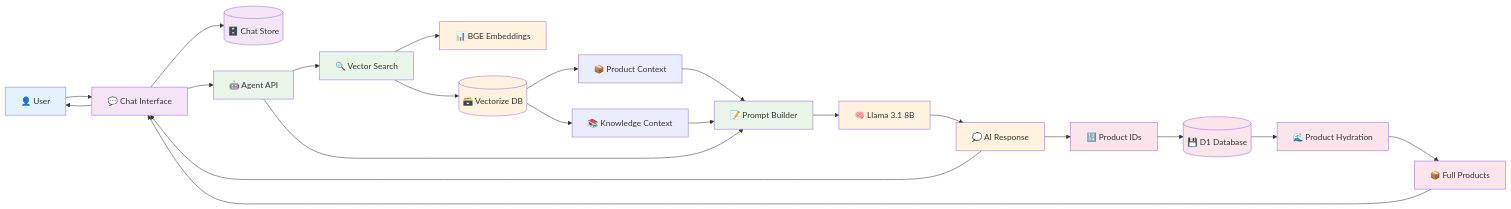
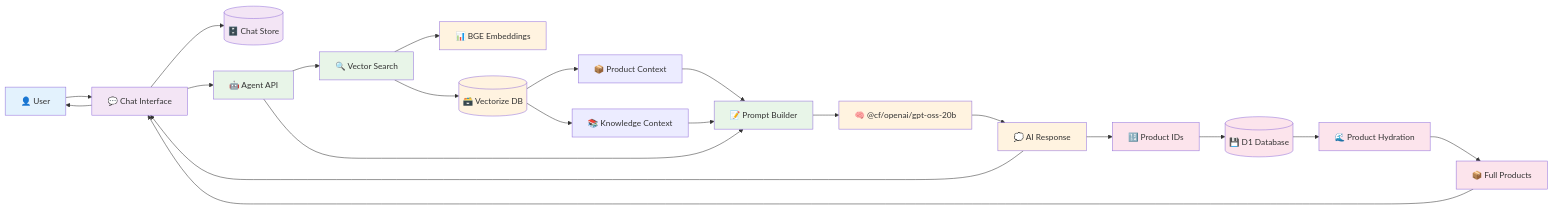
The second of 7 diagrams in docs/architecture.md (russellkmoore/mercora), drawn with Mermaid before and after one commit. The commit also changed other lines of this file and 2 other files, not shown here.

First line of the commit message:
docs(04-04): label the historical mobile and schema material and name the current model

````diff
--- a/docs/architecture.md
+++ b/docs/architecture.md
@@ -80,50 +80,50 @@
 ```mermaid
 graph LR
     %% User Interaction
     User[👤 User] --> ChatUI[💬 Chat Interface]
     
     %% Chat Processing
     ChatUI --> ChatStore[(🗄️ Chat Store)]
     ChatUI --> AgentAPI[🤖 Agent API]
     
     %% AI Processing Pipeline
     AgentAPI --> VectorSearch[🔍 Vector Search]
     VectorSearch --> Embeddings[📊 BGE Embeddings]
     VectorSearch --> VectorDB[(🗃️ Vectorize DB)]
     
     %% Context Retrieval
     VectorDB --> ProductContext[📦 Product Context]
     VectorDB --> KnowledgeContext[📚 Knowledge Context]
     
     %% AI Generation
     ProductContext --> Prompt[📝 Prompt Builder]
     KnowledgeContext --> Prompt
     AgentAPI --> Prompt
     
-    Prompt --> LLM[🧠 Llama 3.1 8B]
+    Prompt --> LLM["🧠 @cf/openai/gpt-oss-20b"]
     LLM --> Response[💭 AI Response]
     
     %% Product Recommendations
     Response --> ProductIDs[🔢 Product IDs]
     ProductIDs --> Database[(💾 D1 Database)]
     Database --> ProductHydration[🌊 Product Hydration]
     ProductHydration --> FullProducts[📦 Full Products]
     
     %% Return to User
     Response --> ChatUI
     FullProducts --> ChatUI
     ChatUI --> User
 
     %% Styling
     classDef user fill:#e3f2fd
     classDef ui fill:#f3e5f5
     classDef api fill:#e8f5e8
     classDef ai fill:#fff3e0
     classDef data fill:#fce4ec
 
     class User user
     class ChatUI,ChatStore ui
     class AgentAPI,VectorSearch,Prompt api
     class Embeddings,VectorDB,LLM,Response ai
     class ProductIDs,Database,ProductHydration,FullProducts data
 ```
````
